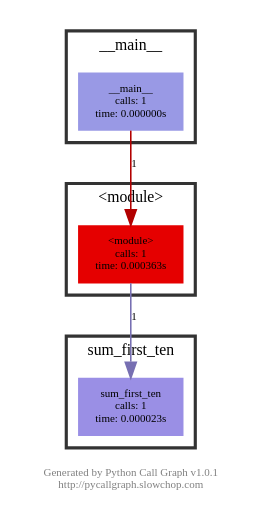
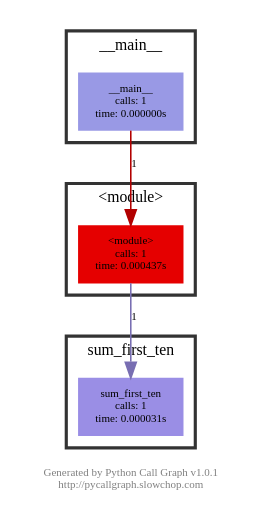
The diagram in pycallgraph2.dot (Arjun1999/PSimilarity), drawn with Graphviz before and after one commit. The commit also changed other lines of this file and 6 other files, not shown here.

```diff
--- a/pycallgraph2.dot
+++ b/pycallgraph2.dot
@@ -1,22 +1,22 @@
 digraph G {
 
     // Attributes
     graph [ overlap = "scalexy", fontname = "Verdana", fontsize = "7", fontcolor = "#0000007f", label = "Generated by Python Call Graph v1.0.1\nhttp://pycallgraph.slowchop.com" ];
     node [ fontname = "Verdana", fontsize = "7", fontcolor = "#000000ff", style = "filled", shape = "rect" ];
     edge [ fontname = "Verdana", fontsize = "7", fontcolor = "#000000ff" ];
 
     // Groups
     subgraph "cluster___main__" { "__main__"; label = "__main__"; fontsize = "10"; fontcolor = "black"; style = "bold"; color="#000000cc"; }
     subgraph "cluster_<module>" { "<module>"; label = "<module>"; fontsize = "10"; fontcolor = "black"; style = "bold"; color="#000000cc"; }
     subgraph "cluster_sum_first_ten" { "sum_first_ten"; label = "sum_first_ten"; fontsize = "10"; fontcolor = "black"; style = "bold"; color="#000000cc"; }
 
     // Nodes
     "__main__" [color = "#9999e5ff", label = "__main__\ncalls: 1\ntime: 0.000000s"];
-    "<module>" [color = "#e50000ff", label = "<module>\ncalls: 1\ntime: 0.000363s"];
-    "sum_first_ten" [color = "#9a8fe5ff", label = "sum_first_ten\ncalls: 1\ntime: 0.000023s"];
+    "<module>" [color = "#e50000ff", label = "<module>\ncalls: 1\ntime: 0.000437s"];
+    "sum_first_ten" [color = "#9a8ee5ff", label = "sum_first_ten\ncalls: 1\ntime: 0.000031s"];
 
     // Edges
     "__main__" -> "<module>" [color = "#b20000ff", label = "1"];
-    "<module>" -> "sum_first_ten" [color = "#776fb2ff", label = "1"];
+    "<module>" -> "sum_first_ten" [color = "#786eb2ff", label = "1"];
 
 }
```
